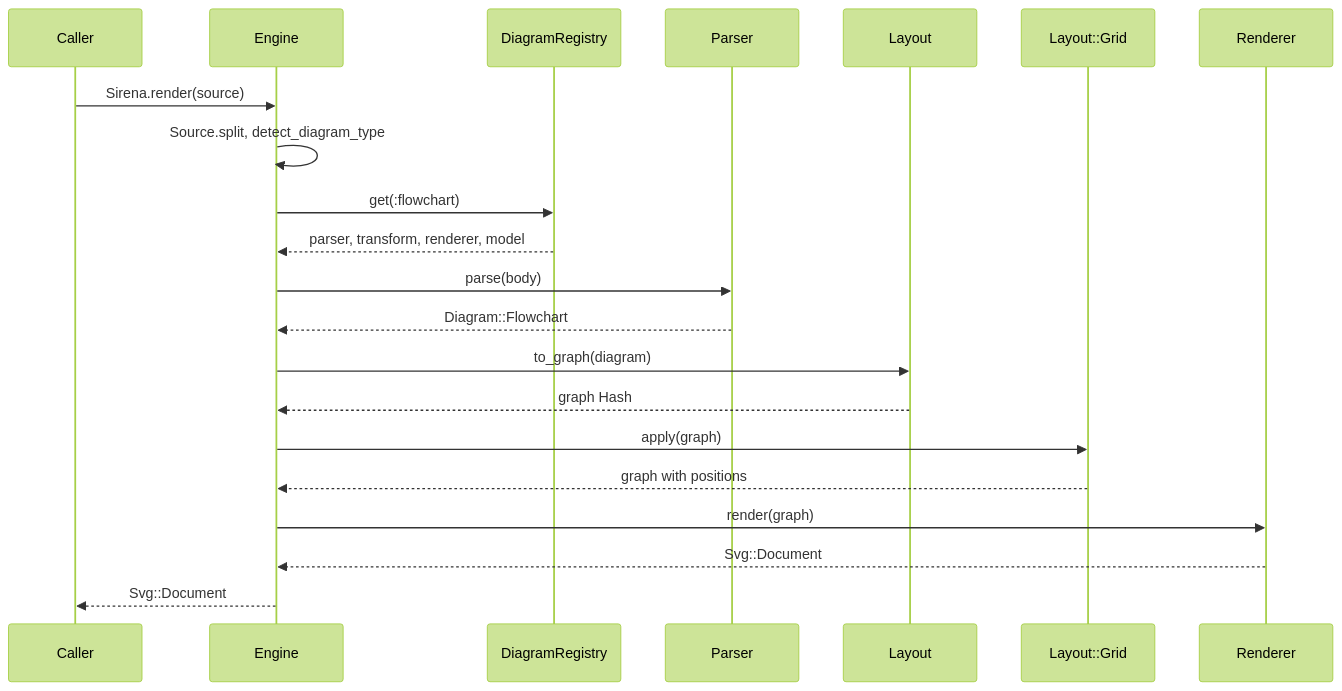
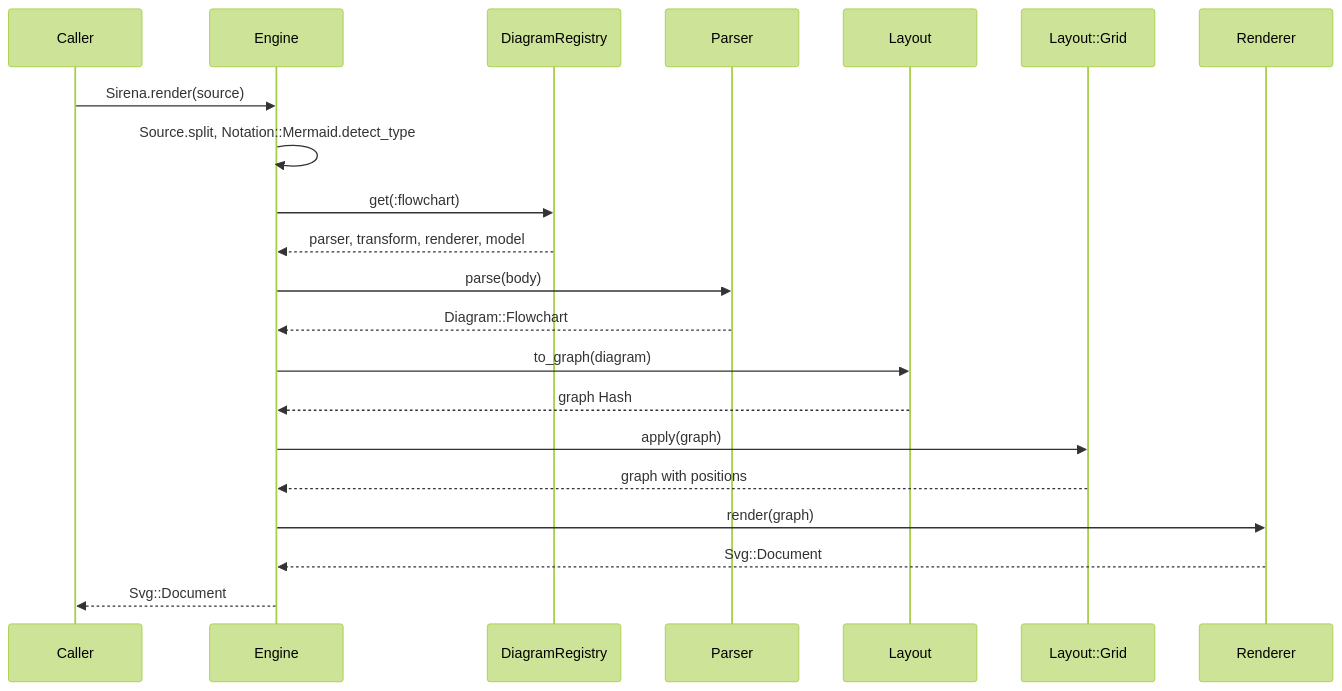
One commit to claricle/sirena changed the second of 3 diagrams in ARCHITECTURE.md. Above: the diagram before and after it, drawn with Mermaid (forest theme). The commit also changed other lines of this file and 16 other files, not shown here.

Commit message:
move mermaid detection into Notation::Mermaid

````diff
--- a/ARCHITECTURE.md
+++ b/ARCHITECTURE.md
@@ -525,23 +526,23 @@
 ```mermaid
 sequenceDiagram
     participant U as Caller
     participant E as Engine
     participant R as DiagramRegistry
     participant P as Parser
     participant T as Layout
     participant L as Layout::Grid
     participant D as Renderer
     U->>E: Sirena.render(source)
-    E->>E: Source.split, detect_diagram_type
+    E->>E: Source.split, Notation::Mermaid.detect_type
     E->>R: get(:flowchart)
     R-->>E: parser, transform, renderer, model
     E->>P: parse(body)
     P-->>E: Diagram::Flowchart
     E->>T: to_graph(diagram)
     T-->>E: graph Hash
     E->>L: apply(graph)
     L-->>E: graph with positions
     E->>D: render(graph)
     D-->>E: Svg::Document
     E-->>U: Svg::Document#to_xml string
 ```
````
